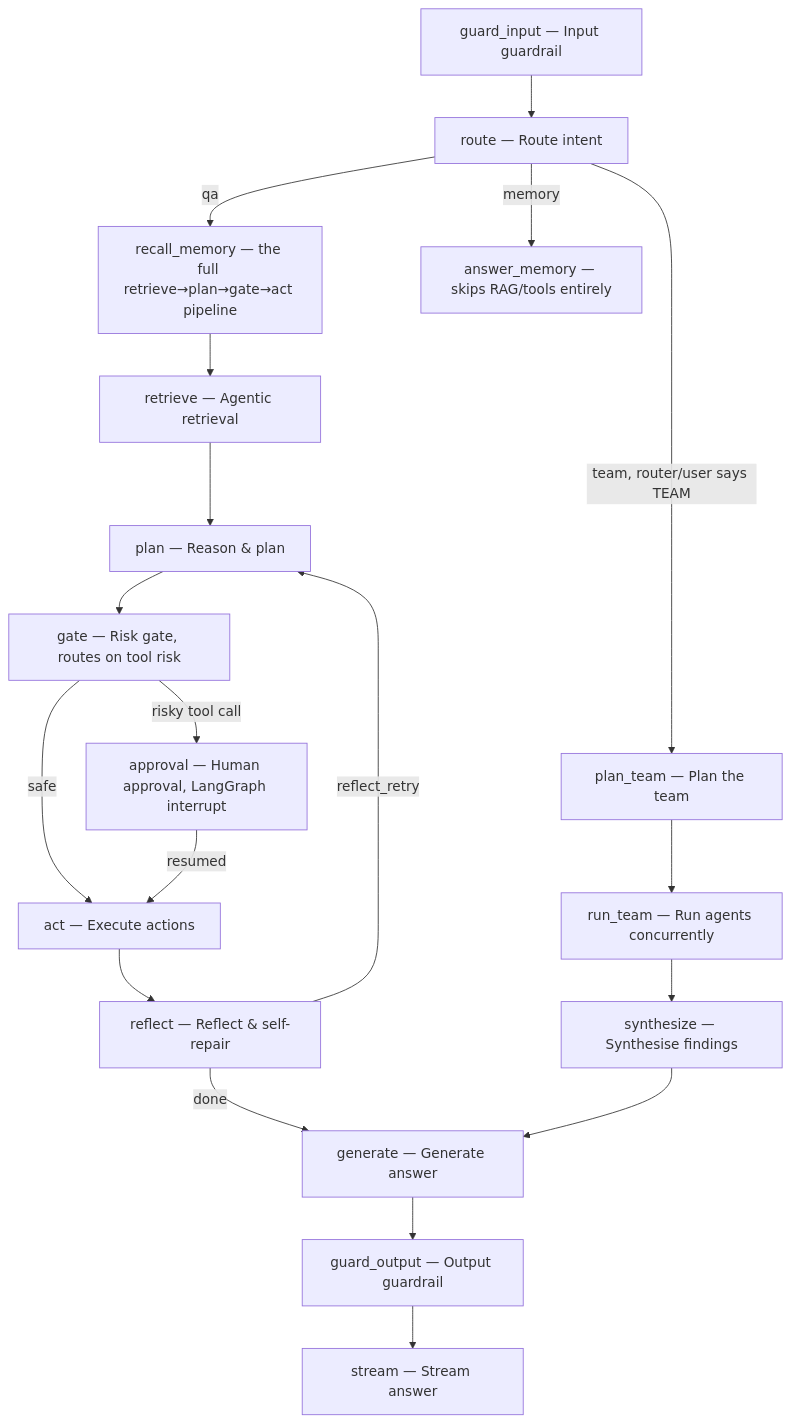
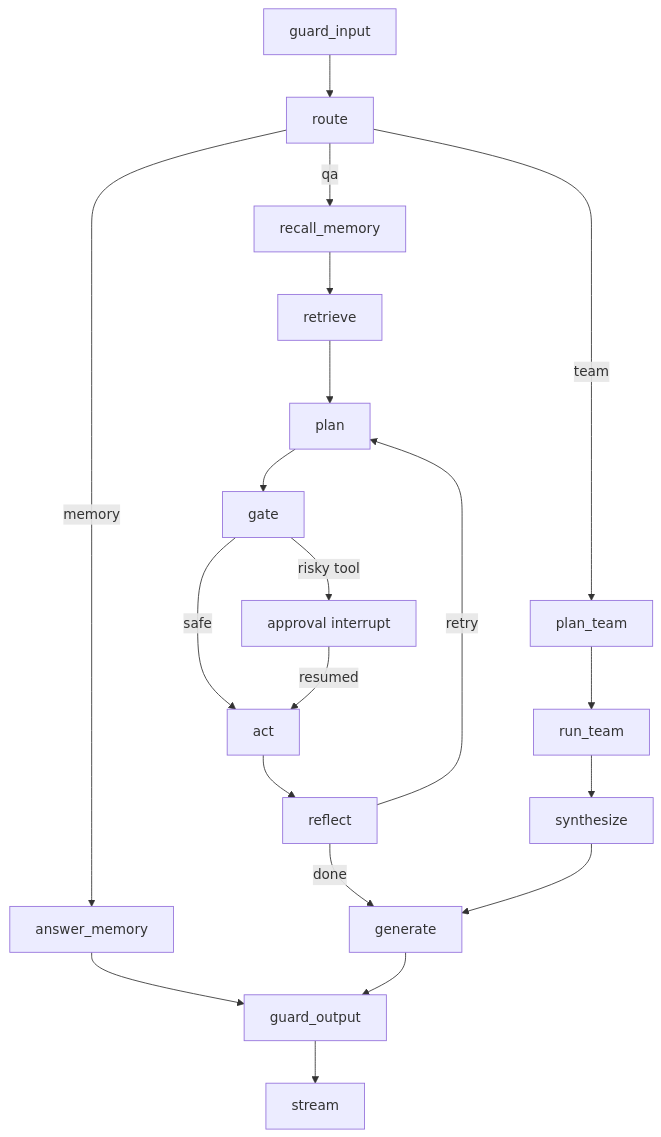
One commit to yrevash/aegis changed the diagram in docs/teaching/agent.md. Above: the diagram before and after it, drawn with Mermaid. The commit also changed other lines of this file and 29 other files, not shown here.

````diff
--- a/docs/teaching/agent.md
+++ b/docs/teaching/agent.md
@@ -25,21 +25,22 @@
 ```mermaid
 flowchart TD
-    GI["guard_input — Input guardrail"] --> RT["route — Route intent"]
-    RT -->|qa| RM["recall_memory — the full retrieve→plan→gate→act pipeline"]
-    RT -->|memory| AM["answer_memory — skips RAG/tools entirely"]
-    RT -->|team, router/user says TEAM| PT["plan_team — Plan the team"]
-    RM --> RTV["retrieve — Agentic retrieval"]
-    RTV --> PL["plan — Reason & plan"]
-    PL --> GT["gate — Risk gate, routes on tool risk"]
-    GT -->|risky tool call| AP["approval — Human approval, LangGraph interrupt"]
-    GT -->|safe| AC["act — Execute actions"]
+    GI[guard_input] --> RT[route]
+    RT -->|qa| RM[recall_memory]
+    RT -->|memory| AM[answer_memory]
+    RT -->|team| PT[plan_team]
+    RM --> RV[retrieve]
+    RV --> PL[plan]
+    PL --> GT[gate]
+    GT -->|risky tool| AP[approval interrupt]
+    GT -->|safe| AC[act]
     AP -->|resumed| AC
-    AC --> RF["reflect — Reflect & self-repair"]
-    RF -->|reflect_retry| PL
-    RF -->|done| GN["generate — Generate answer"]
-    PT --> RTM["run_team — Run agents concurrently"]
-    RTM --> SY["synthesize — Synthesise findings"]
+    AC --> RF[reflect]
+    RF -->|retry| PL
+    RF -->|done| GN[generate]
+    PT --> RN[run_team]
+    RN --> SY[synthesize]
     SY --> GN
-    GN --> GO["guard_output — Output guardrail"]
-    GO --> ST["stream — Stream answer"]
+    AM --> GO[guard_output]
+    GN --> GO
+    GO --> ST[stream]
 ```
````
